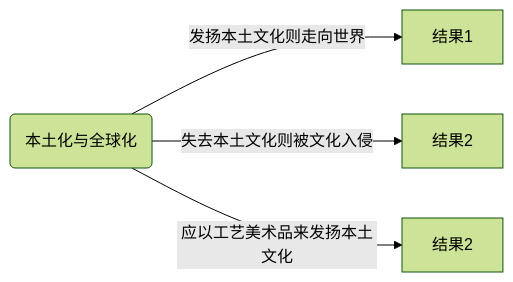
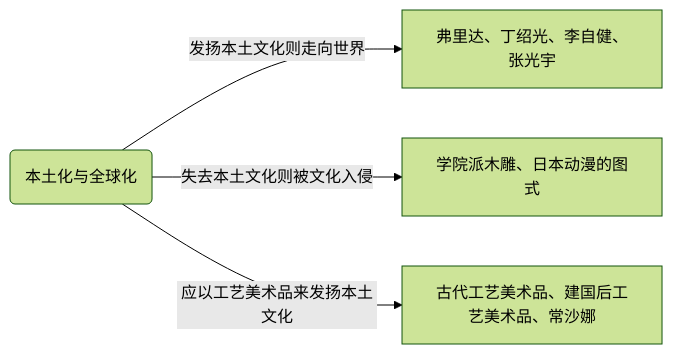
The diagram in 论述语料/民族与世界.md (LyraT57/621), drawn with Mermaid (forest theme) before and after one commit.

````diff
--- a/论述语料/民族与世界.md
+++ b/论述语料/民族与世界.md
@@ -25,7 +25,7 @@
 ```mermaid
 graph LR
 C(本土化与全球化)
-    C -->|发扬本土文化则走向世界| D[结果1]
-    C -->|失去本土文化则被文化入侵| E[结果2]
-    C -->|应以工艺美术品来发扬本土文化| F[结果2]
+    C -->|发扬本土文化则走向世界| D[弗里达、丁绍光、李自健、张光宇]
+    C -->|失去本土文化则被文化入侵| E[学院派木雕、日本动漫的图式]
+    C -->|应以工艺美术品来发扬本土文化| F[古代工艺美术品、建国后工艺美术品、常沙娜]
 ```
````
